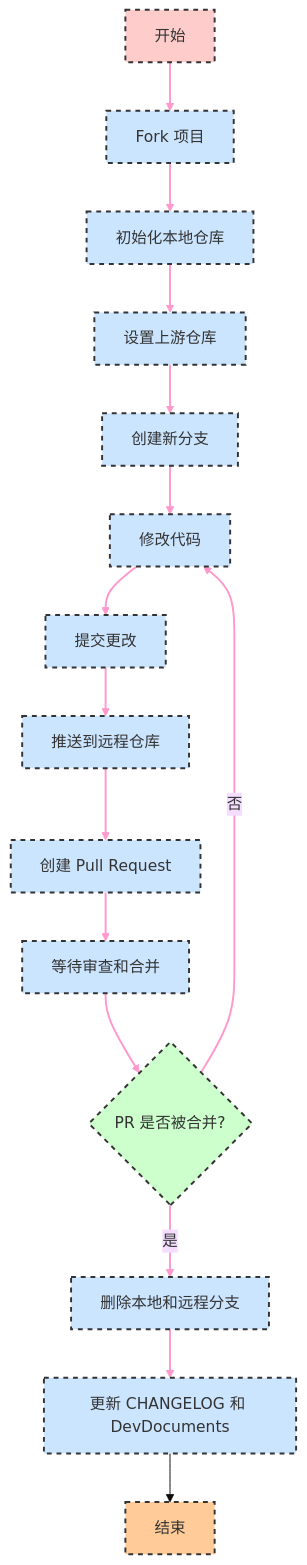
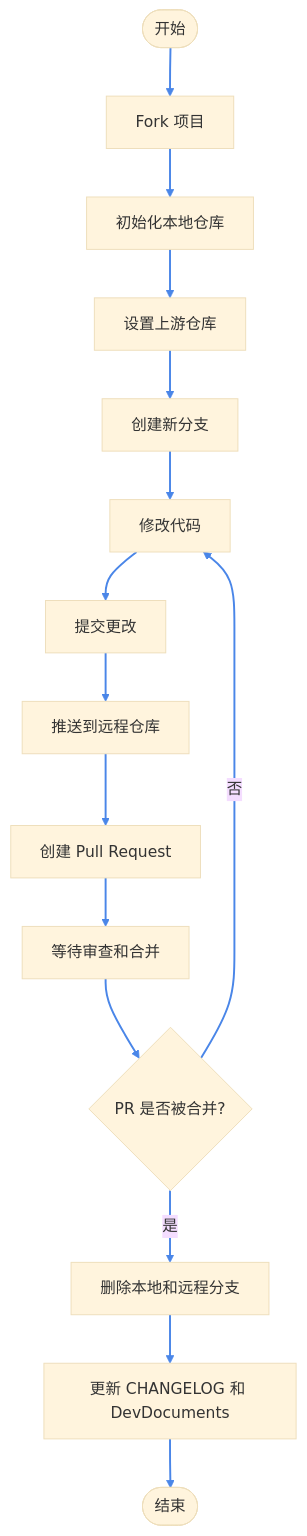
Before and after one commit to CrychicTeam/CrychicDoc: the diagram in docs/zh/modpack/doc/docDevelop.md, drawn with Mermaid (base theme). The commit also changed other lines of this file and 1 other file, not shown here.

Commit message:
update docDevelop

````diff
--- a/docs/zh/modpack/doc/docDevelop.md
+++ b/docs/zh/modpack/doc/docDevelop.md
@@ -94,39 +96,23 @@
 ```mermaid
 graph TD
-    A[开始] --> B[Fork 项目]
+    A([开始]) --> B[Fork 项目]
     B --> C[初始化本地仓库]
     C --> D[设置上游仓库]
     D --> E[创建新分支]
     E --> F[修改代码]
     F --> G[提交更改]
     G --> H[推送到远程仓库]
     H --> I[创建 Pull Request]
     I --> J[等待审查和合并]
     J --> K{PR 是否被合并?}
     K -->|是| L[删除本地和远程分支]
     K -->|否| F
     L --> M[更新 CHANGELOG 和 DevDocuments]
-    M --> N[结束]
+    M --> N([结束])
 
-    style A fill:#ffcccc,stroke:#333,stroke-width:2px,stroke-dasharray: 5 5
-    style N fill:#ffcc99,stroke:#333,stroke-width:2px,stroke-dasharray: 5 5
-    style K fill:#ccffcc,stroke:#333,stroke-width:2px,stroke-dasharray: 5 5
-    
-    classDef process fill:#cce5ff,stroke:#333,stroke-width:2px,stroke-dasharray: 5 5;
-    class B,C,D,E,F,G,H,I,J,L,M process;
+    class A,N fill:#e6f3ff,stroke:#4a86e8,stroke-width:2px
+    class B,C,D,E,F,G,H,I,J,L,M fill:#fff2cc,stroke:#d6b656,stroke-width:2px
+    class K fill:#d5e8d4,stroke:#82b366,stroke-width:2px
 
-    linkStyle 0 stroke:#ff99cc,stroke-width:2px;
-    linkStyle 1 stroke:#ff99cc,stroke-width:2px;
-    linkStyle 2 stroke:#ff99cc,stroke-width:2px;
-    linkStyle 3 stroke:#ff99cc,stroke-width:2px;
-    linkStyle 4 stroke:#ff99cc,stroke-width:2px;
-    linkStyle 5 stroke:#ff99cc,stroke-width:2px;
-    linkStyle 6 stroke:#ff99cc,stroke-width:2px;
-    linkStyle 7 stroke:#ff99cc,stroke-width:2px;
-    linkStyle 8 stroke:#ff99cc,stroke-width:2px;
-    linkStyle 9 stroke:#ff99cc,stroke-width:2px;
-    linkStyle 10 stroke:#ff99cc,stroke-width:2px;
-    linkStyle 11 stroke:#ff99cc,stroke-width:2px;
-    linkStyle 12 stroke:#ff99cc,stroke-width:2px;
-
+    linkStyle default stroke:#4a86e8,stroke-width:2px
 ```
````
